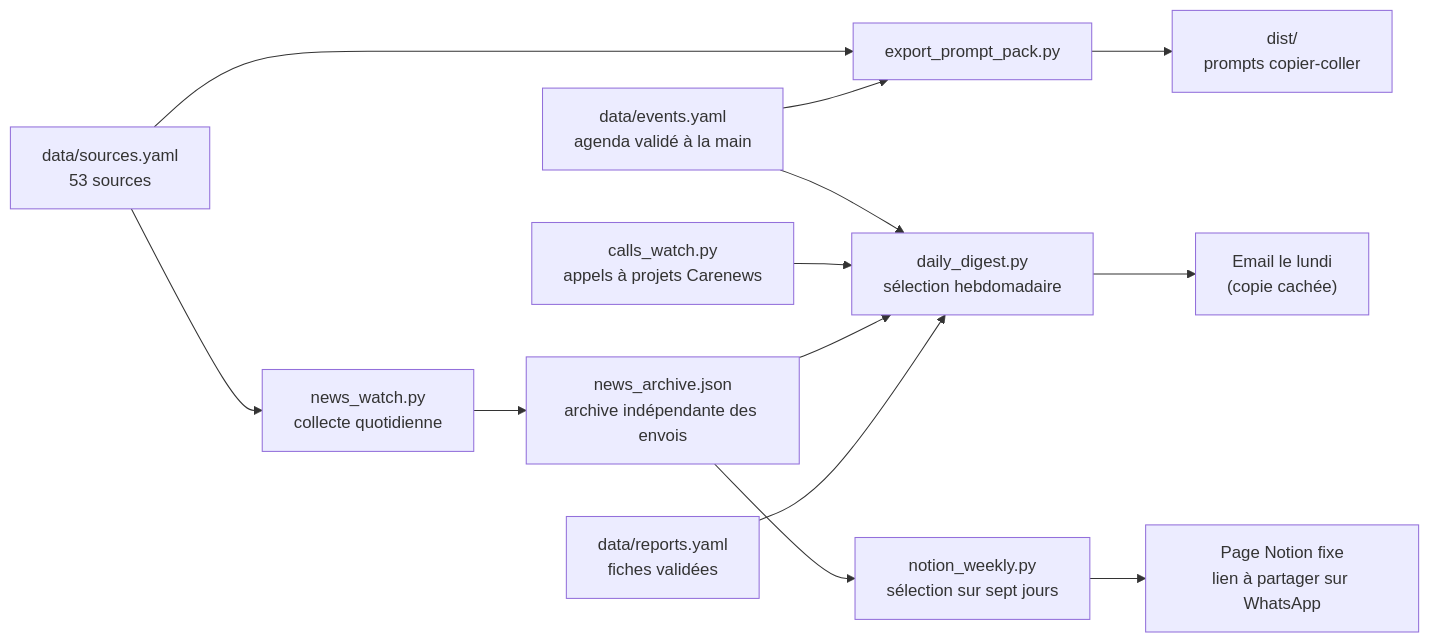
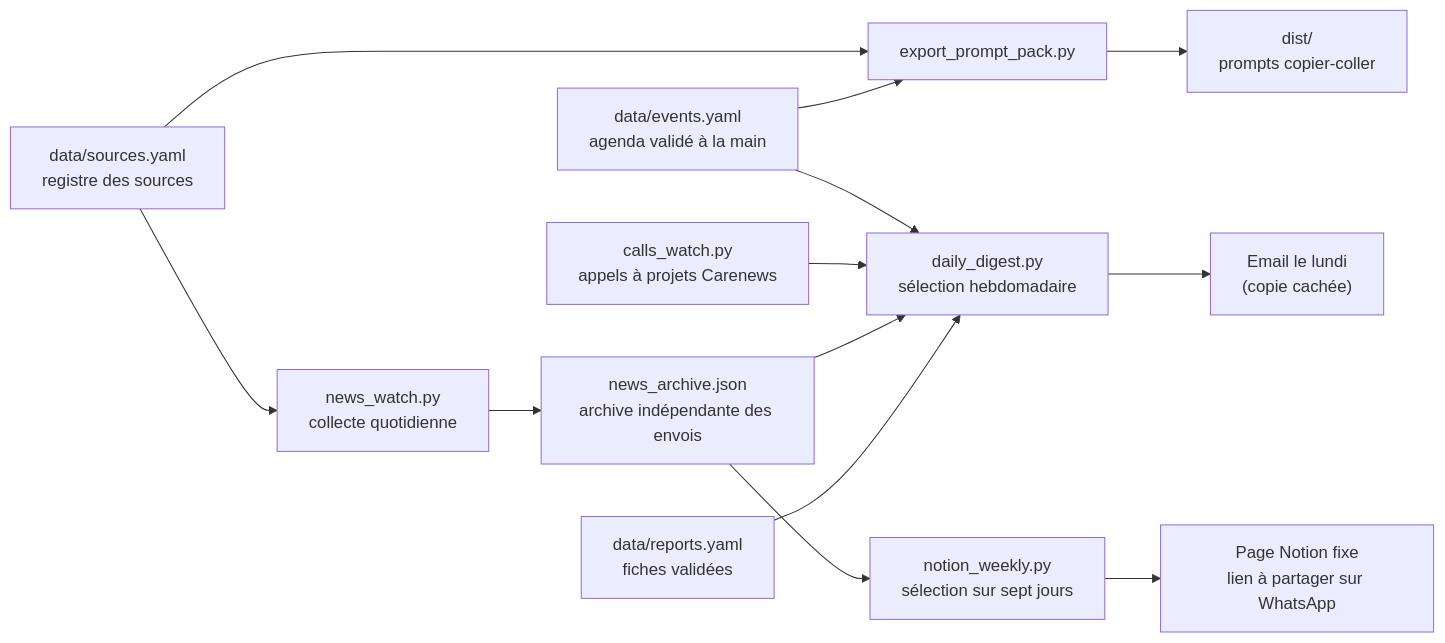
One commit to eplr/veille-nif changed the diagram in README.md. Above: the diagram before and after it, drawn with Mermaid. The commit also changed other lines of this file and 17 other files, not shown here.

````diff
--- a/README.md
+++ b/README.md
@@ -14,15 +14,15 @@
 ```mermaid
 flowchart LR
-  S["data/sources.yaml<br/>53 sources"] --> N["news_watch.py<br/>collecte quotidienne"]
+  S["data/sources.yaml<br/>registre des sources"] --> N["news_watch.py<br/>collecte quotidienne"]
   E["data/events.yaml<br/>agenda validé à la main"] --> D
   C["calls_watch.py<br/>appels à projets Carenews"] --> D
   N --> A["news_archive.json<br/>archive indépendante des envois"]
   A --> D["daily_digest.py<br/>sélection hebdomadaire"]
   A --> Q["notion_weekly.py<br/>sélection sur sept jours"]
   Q --> F["Page Notion fixe<br/>lien à partager sur WhatsApp"]
   R["data/reports.yaml<br/>fiches validées"] --> D
   D --> M["Email le lundi<br/>(copie cachée)"]
   S --> P["export_prompt_pack.py"]
   E --> P
   P --> V["dist/<br/>prompts copier-coller"]
 ```
````
